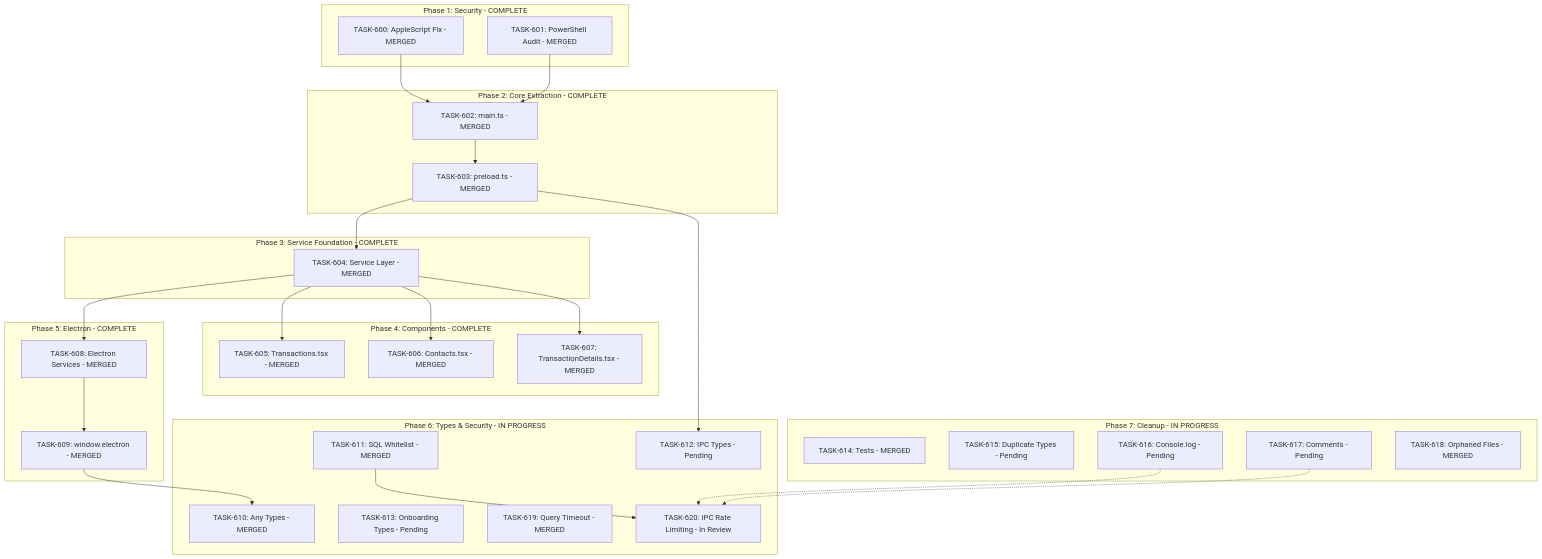
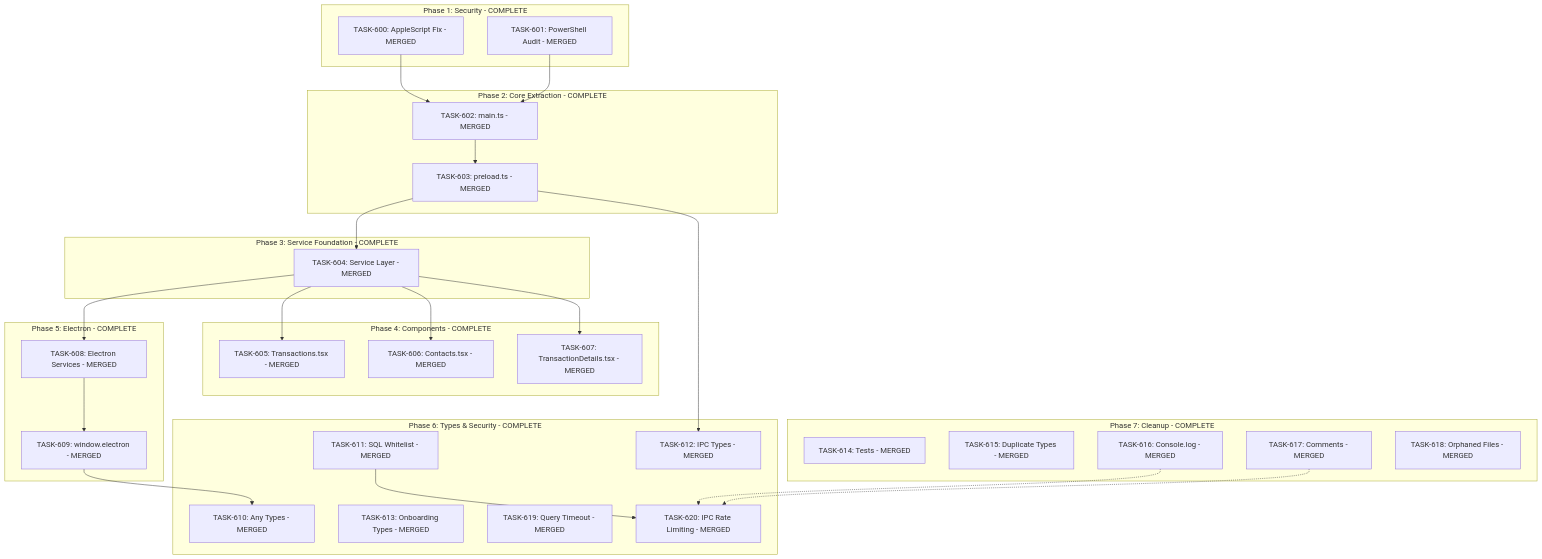
The diagram in .claude/plans/sprints/SPRINT-009-codebase-standards.md (5hdaniel/Mad), drawn with Mermaid before and after one commit. The commit also changed other lines of this file, not shown here.

````diff
--- a/.claude/plans/sprints/SPRINT-009-codebase-standards.md
+++ b/.claude/plans/sprints/SPRINT-009-codebase-standards.md
@@ -97,59 +98,59 @@
 ```mermaid
 graph TD
     subgraph Phase1[Phase 1: Security - COMPLETE]
         T600[TASK-600: AppleScript Fix - MERGED]
         T601[TASK-601: PowerShell Audit - MERGED]
     end
 
     subgraph Phase2[Phase 2: Core Extraction - COMPLETE]
         T602[TASK-602: main.ts - MERGED]
         T603[TASK-603: preload.ts - MERGED]
     end
 
     subgraph Phase3[Phase 3: Service Foundation - COMPLETE]
         T604[TASK-604: Service Layer - MERGED]
     end
 
     subgraph Phase4[Phase 4: Components - COMPLETE]
         T605[TASK-605: Transactions.tsx - MERGED]
         T606[TASK-606: Contacts.tsx - MERGED]
         T607[TASK-607: TransactionDetails.tsx - MERGED]
     end
 
     subgraph Phase5[Phase 5: Electron - COMPLETE]
         T608[TASK-608: Electron Services - MERGED]
         T609[TASK-609: window.electron - MERGED]
     end
 
-    subgraph Phase6[Phase 6: Types & Security - IN PROGRESS]
+    subgraph Phase6[Phase 6: Types & Security - COMPLETE]
         T610[TASK-610: Any Types - MERGED]
         T611[TASK-611: SQL Whitelist - MERGED]
-        T612[TASK-612: IPC Types - Pending]
-        T613[TASK-613: Onboarding Types - Pending]
+        T612[TASK-612: IPC Types - MERGED]
+        T613[TASK-613: Onboarding Types - MERGED]
         T619[TASK-619: Query Timeout - MERGED]
-        T620[TASK-620: IPC Rate Limiting - In Review]
+        T620[TASK-620: IPC Rate Limiting - MERGED]
     end
 
-    subgraph Phase7[Phase 7: Cleanup - IN PROGRESS]
+    subgraph Phase7[Phase 7: Cleanup - COMPLETE]
         T614[TASK-614: Tests - MERGED]
-        T615[TASK-615: Duplicate Types - Pending]
-        T616[TASK-616: Console.log - Pending]
-        T617[TASK-617: Comments - Pending]
+        T615[TASK-615: Duplicate Types - MERGED]
+        T616[TASK-616: Console.log - MERGED]
+        T617[TASK-617: Comments - MERGED]
         T618[TASK-618: Orphaned Files - MERGED]
     end
 
     T600 --> T602
     T601 --> T602
     T602 --> T603
     T603 --> T604
     T604 --> T605
     T604 --> T606
     T604 --> T607
     T604 --> T608
     T608 --> T609
     T603 --> T612
     T609 --> T610
     T611 --> T620
     T616 -.-> T620
     T617 -.-> T620
 ```
````
